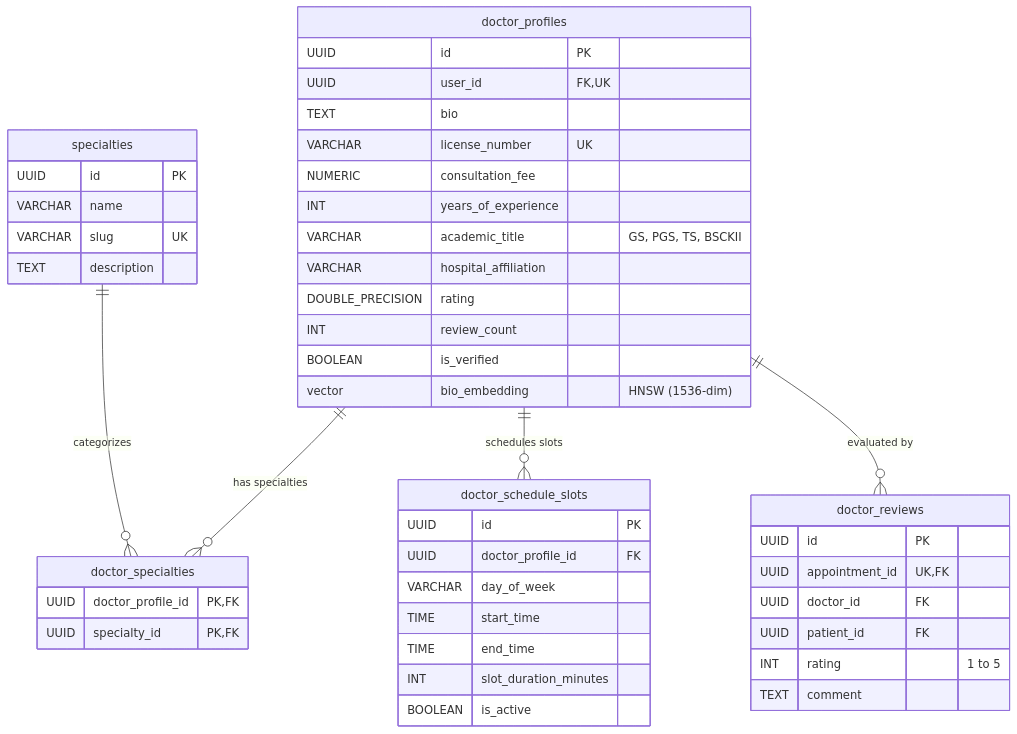
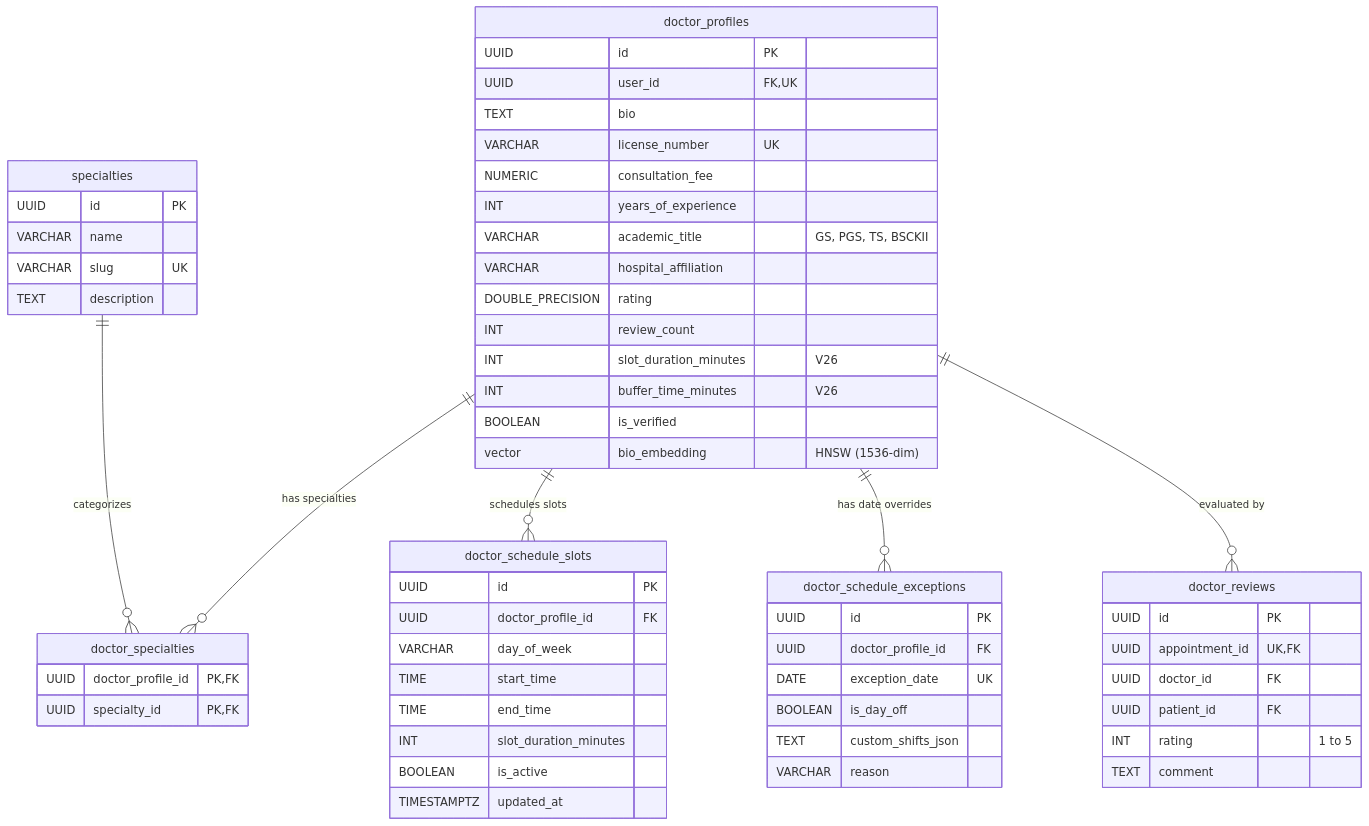
One commit to vinhhotff/KLTN-medical-assistant changed the third of 5 diagrams in docs/DATABASE_DESIGN.md. Above: the diagram before and after it, drawn with Mermaid. The commit also changed other lines of this file and 29 other files, not shown here.

Commit message:
feat(schedule): implement Cal.com-style doctor schedule management with buffer time, exceptions, and conflict detection

````diff
--- a/docs/DATABASE_DESIGN.md
+++ b/docs/DATABASE_DESIGN.md
@@ -119,49 +119,61 @@
 ```mermaid
 erDiagram
     doctor_profiles ||--o{ doctor_specialties : "has specialties"
     specialties ||--o{ doctor_specialties : "categorizes"
     doctor_profiles ||--o{ doctor_schedule_slots : "schedules slots"
+    doctor_profiles ||--o{ doctor_schedule_exceptions : "has date overrides"
     doctor_profiles ||--o{ doctor_reviews : "evaluated by"
 
     doctor_profiles {
         UUID id PK
         UUID user_id FK, UK
         TEXT bio
         VARCHAR license_number UK
         NUMERIC consultation_fee
         INT years_of_experience
         VARCHAR academic_title "GS, PGS, TS, BSCKII"
         VARCHAR hospital_affiliation
         DOUBLE_PRECISION rating
         INT review_count
+        INT slot_duration_minutes "V26"
+        INT buffer_time_minutes "V26"
         BOOLEAN is_verified
         vector bio_embedding "HNSW (1536-dim)"
     }
     specialties {
         UUID id PK
         VARCHAR name
         VARCHAR slug UK
         TEXT description
     }
     doctor_specialties {
         UUID doctor_profile_id PK, FK
         UUID specialty_id PK, FK
     }
     doctor_schedule_slots {
         UUID id PK
         UUID doctor_profile_id FK
         VARCHAR day_of_week
         TIME start_time
         TIME end_time
         INT slot_duration_minutes
         BOOLEAN is_active
+        TIMESTAMPTZ updated_at
+    }
+    doctor_schedule_exceptions {
+        UUID id PK
+        UUID doctor_profile_id FK
+        DATE exception_date UK
+        BOOLEAN is_day_off
+        TEXT custom_shifts_json
+        VARCHAR reason
     }
     doctor_reviews {
         UUID id PK
         UUID appointment_id UK, FK
         UUID doctor_id FK
         UUID patient_id FK
         INT rating "1 to 5"
         TEXT comment
     }
 ```
````
